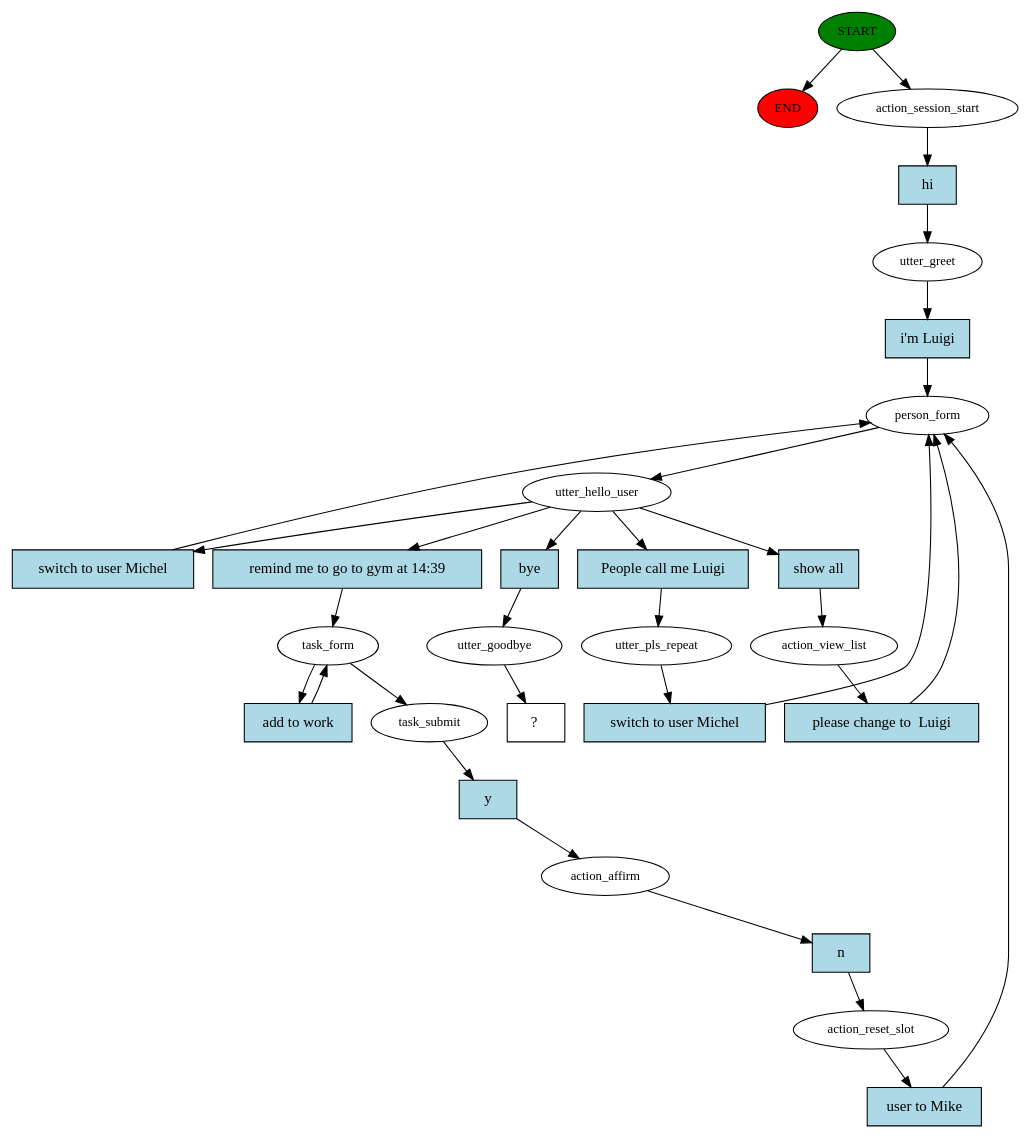
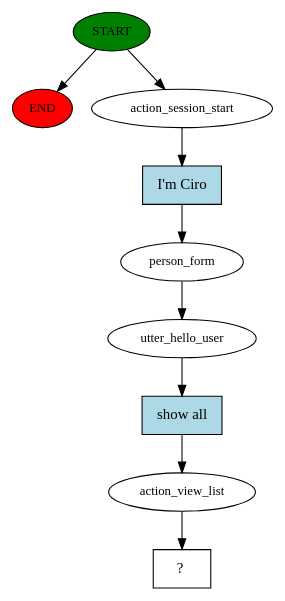
The diagram in chatbot/story_graph.dot (scov8/TO-DO_List), drawn with Graphviz before and after one commit. The commit also changed 10 other files, not shown here.

```diff
--- a/chatbot/story_graph.dot
+++ b/chatbot/story_graph.dot
@@ -1,60 +1,19 @@
 digraph  {
 0 [class="start active", fillcolor=green, fontsize=12, label=START, style=filled];
 "-1" [class=end, fillcolor=red, fontsize=12, label=END, style=filled];
 1 [class=active, fontsize=12, label=action_session_start];
-2 [class=active, fontsize=12, label=utter_greet];
-3 [class=active, fontsize=12, label=person_form];
-4 [class=active, fontsize=12, label=utter_hello_user];
-13 [class=active, fontsize=12, label=utter_pls_repeat];
-20 [class=active, fontsize=12, label=task_form];
-22 [class=active, fontsize=12, label=task_submit];
-23 [class=active, fontsize=12, label=action_affirm];
-24 [class=active, fontsize=12, label=action_reset_slot];
-27 [class=active, fontsize=12, label=action_view_list];
-30 [class=active, fontsize=12, label=utter_goodbye];
-31 [class="intent dashed active", label="  ?  ", shape=rect];
-32 [class="intent active", fillcolor=lightblue, label=hi, shape=rect, style=filled];
-33 [class="intent active", fillcolor=lightblue, label="i'm Luigi", shape=rect, style=filled];
-34 [class="intent active", fillcolor=lightblue, label="switch to user Michel", shape=rect, style=filled];
-35 [class="intent active", fillcolor=lightblue, label="People call me Luigi", shape=rect, style=filled];
-36 [class="intent active", fillcolor=lightblue, label="remind me to go to gym at 14:39", shape=rect, style=filled];
-37 [class="intent active", fillcolor=lightblue, label="show all", shape=rect, style=filled];
-38 [class="intent active", fillcolor=lightblue, label=bye, shape=rect, style=filled];
-39 [class="intent active", fillcolor=lightblue, label="switch to user Michel", shape=rect, style=filled];
-40 [class="intent active", fillcolor=lightblue, label="add to work", shape=rect, style=filled];
-41 [class="intent active", fillcolor=lightblue, label=y, shape=rect, style=filled];
-42 [class="intent active", fillcolor=lightblue, label=n, shape=rect, style=filled];
-43 [class="intent active", fillcolor=lightblue, label="user to Mike", shape=rect, style=filled];
-44 [class="intent active", fillcolor=lightblue, label="please change to  Luigi", shape=rect, style=filled];
+2 [class=active, fontsize=12, label=person_form];
+3 [class=active, fontsize=12, label=utter_hello_user];
+4 [class=active, fontsize=12, label=action_view_list];
+5 [class="intent dashed active", label="  ?  ", shape=rect];
+6 [class="intent active", fillcolor=lightblue, label="I'm Ciro", shape=rect, style=filled];
+7 [class="intent active", fillcolor=lightblue, label="show all", shape=rect, style=filled];
 0 -> "-1"  [class="", key=NONE, label=""];
 0 -> 1  [class=active, key=NONE, label=""];
-1 -> 32  [class=active, key=0];
-2 -> 33  [class=active, key=0];
-3 -> 4  [class=active, key=NONE, label=""];
-4 -> 34  [class=active, key=0];
-4 -> 35  [class=active, key=0];
-4 -> 36  [class=active, key=0];
-4 -> 37  [class=active, key=0];
-4 -> 38  [class=active, key=0];
-13 -> 39  [class=active, key=0];
-20 -> 22  [class=active, key=NONE, label=""];
-20 -> 40  [class=active, key=0];
-22 -> 41  [class=active, key=0];
-23 -> 42  [class=active, key=0];
-24 -> 43  [class=active, key=0];
-27 -> 44  [class=active, key=0];
-30 -> 31  [class=active, key=NONE, label=""];
-32 -> 2  [class=active, key=0];
-33 -> 3  [class=active, key=0];
-34 -> 3  [class=active, key=0];
-35 -> 13  [class=active, key=0];
-36 -> 20  [class=active, key=0];
-37 -> 27  [class=active, key=0];
-38 -> 30  [class=active, key=0];
-39 -> 3  [class=active, key=0];
-40 -> 20  [class=active, key=0];
-41 -> 23  [class=active, key=0];
-42 -> 24  [class=active, key=0];
-43 -> 3  [class=active, key=0];
-44 -> 3  [class=active, key=0];
+1 -> 6  [class=active, key=0];
+2 -> 3  [class=active, key=NONE, label=""];
+3 -> 7  [class=active, key=0];
+4 -> 5  [class=active, key=NONE, label=""];
+6 -> 2  [class=active, key=0];
+7 -> 4  [class=active, key=0];
 }
```
